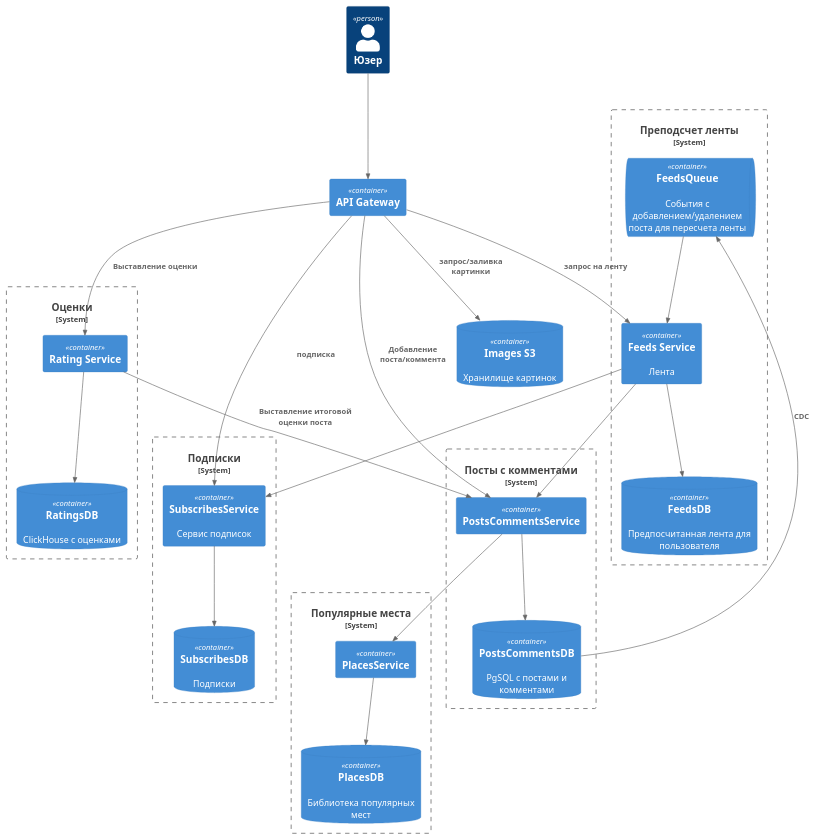
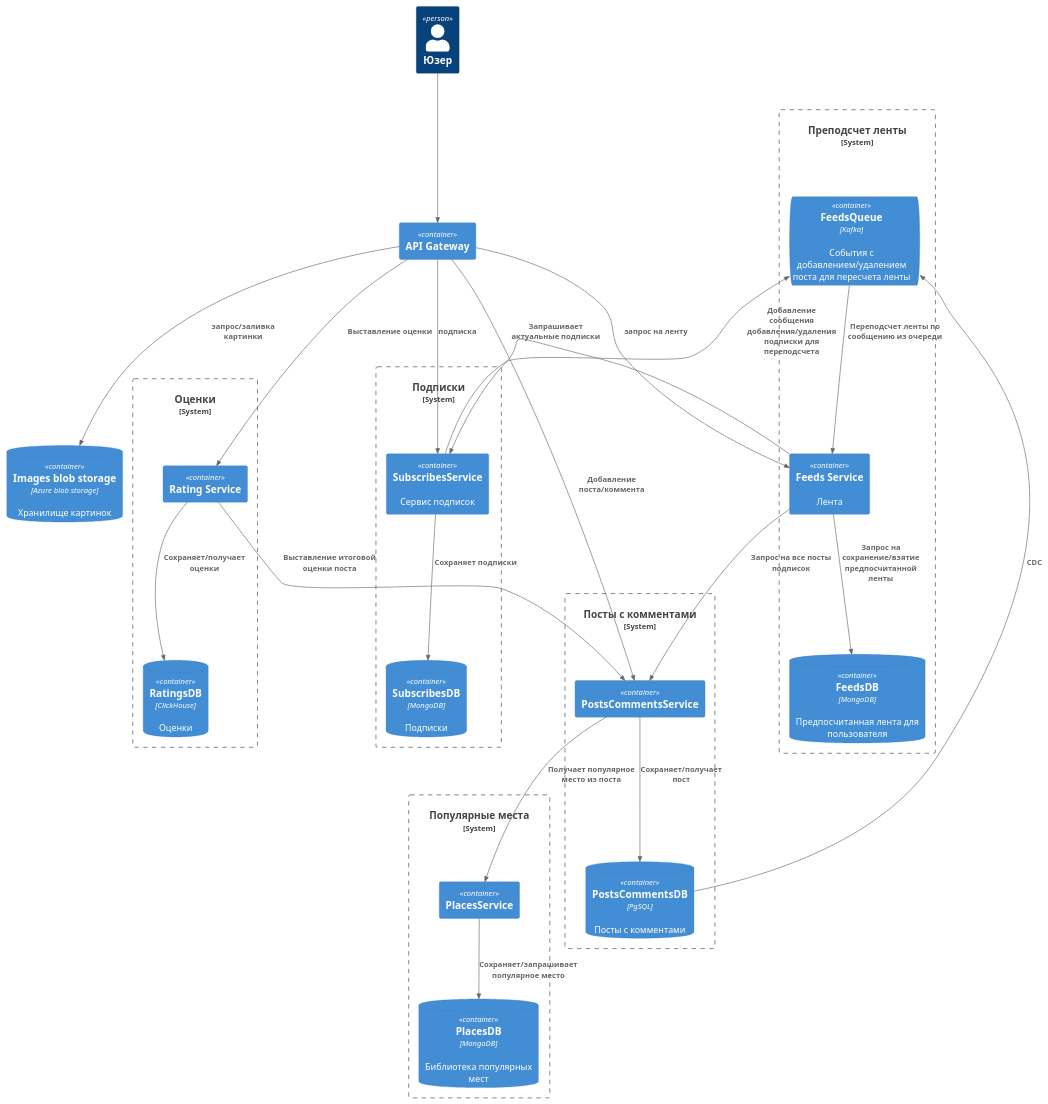
Before and after one commit to Deadlift3008/social_network_system_design: the diagram in uml/social_network_c4.puml, drawn with PlantUML. The commit also changed 1 other file, not shown here.

```diff
--- a/uml/social_network_c4.puml
+++ b/uml/social_network_c4.puml
@@ -1,57 +1,58 @@
 @startuml C4_Elements
 !include https://raw.githubusercontent.com/plantuml-stdlib/C4-PlantUML/master/C4_Container.puml
 
 Person(personAlias, "Юзер", "")
 Container(apiGatewayAlias, "API Gateway", "", "")
-ContainerDb(imagesAlias, "Images S3", "", "Хранилище картинок")
+ContainerDb(imagesAlias, "Images blob storage", "Azure blob storage", "Хранилище картинок")
 
 System_Boundary(cdc, 'Преподсчет ленты') {
     Container(FeedsServiceAlias, "Feeds Service", "", "Лента")
-    ContainerQueue(feedsQueueAlias, "FeedsQueue", "", "События с добавлением/удалением поста для пересчета ленты")
-    ContainerDb(FeedsDBAlias, "FeedsDB", "", "Предпосчитанная лента для пользователя")
+    ContainerQueue(feedsQueueAlias, "FeedsQueue", "Kafka", "События с добавлением/удалением поста для пересчета ленты")
+    ContainerDb(FeedsDBAlias, "FeedsDB", "MongoDB", "Предпосчитанная лента для пользователя")
 }
 
 System_Boundary(ratings, 'Оценки') {
     Container(ratingServiceAlias, "Rating Service", "", "")
-    ContainerDb(ratingsDBAlias, "RatingsDB", "", "ClickHouse с оценками")
+    ContainerDb(ratingsDBAlias, "RatingsDB", "ClickHouse", "Оценки")
 }
 
 System_Boundary(postsComments, 'Посты с комментами') {
-    ContainerDb(postsCommentsDBAlias, "PostsCommentsDB", "", "PgSQL с постами и комментами")
+    ContainerDb(postsCommentsDBAlias, "PostsCommentsDB", "PgSQL", "Посты с комментами")
     Container(postsCommentsServiceAlias, "PostsCommentsService", "", "")
 }
 
 System_Boundary(subscribes, 'Подписки') {
     Container(SubscribesServiceAlias, "SubscribesService", "", "Сервис подписок")
-    ContainerDb(subscribesDBAlias, "SubscribesDB", "", "Подписки")
+    ContainerDb(subscribesDBAlias, "SubscribesDB", "MongoDB", "Подписки")
 }
 
 System_Boundary(places, 'Популярные места') {
     Container(placesServiceAlias, "PlacesService", "", "")
-    ContainerDb(placesDB, "PlacesDB", "", "Библиотека популярных мест")
+    ContainerDb(placesDB, "PlacesDB", "MongoDB", "Библиотека популярных мест")
 }
 
 Rel(personAlias, apiGatewayAlias, "", "")
 
 Rel(apiGatewayAlias, ratingServiceAlias, "Выставление оценки", "")
 Rel(apiGatewayAlias, postsCommentsServiceAlias, "Добавление поста/коммента", "")
 Rel(apiGatewayAlias, FeedsServiceAlias, "запрос на ленту", "")
 Rel(apiGatewayAlias, imagesAlias, "запрос/заливка картинки", "")
 Rel(apiGatewayAlias, SubscribesServiceAlias, "подписка", "")
 
-Rel(ratingServiceAlias, ratingsDBAlias, "", "")
+Rel(ratingServiceAlias, ratingsDBAlias, "Сохраняет/получает оценки", "")
 Rel(ratingServiceAlias, postsCommentsServiceAlias, "Выставление итоговой оценки поста", "")
 
-Rel(postsCommentsServiceAlias, postsCommentsDBAlias, "", "")
+Rel(postsCommentsServiceAlias, postsCommentsDBAlias, "Сохраняет/получает пост", "")
 Rel(postsCommentsDBAlias, feedsQueueAlias, "CDC", "")
 
-Rel(postsCommentsServiceAlias, placesServiceAlias, "", "")
-Rel(placesServiceAlias, placesDB, "", "")
+Rel(postsCommentsServiceAlias, placesServiceAlias, "Получает популярное место из поста", "")
+Rel(placesServiceAlias, placesDB, "Сохраняет/запрашивает популярное место", "")
 
-Rel(feedsQueueAlias, FeedsServiceAlias, "", "")
-Rel(SubscribesServiceAlias, subscribesDBAlias, "", "")
+Rel(feedsQueueAlias, FeedsServiceAlias, "Переподсчет ленты по сообщению из очереди", "")
+Rel(SubscribesServiceAlias, subscribesDBAlias, "Сохраняет подписки", "")
+Rel(SubscribesServiceAlias, feedsQueueAlias, "Добавление сообщения добавления/удаления подписки для переподсчета", "")
 
-Rel(FeedsServiceAlias, SubscribesServiceAlias, "", "")
-Rel(FeedsServiceAlias, postsCommentsServiceAlias, "", "")
-Rel(FeedsServiceAlias, FeedsDBAlias, "", "")
+Rel(FeedsServiceAlias, SubscribesServiceAlias, "Запрашивает актуальные подписки", "")
+Rel(FeedsServiceAlias, postsCommentsServiceAlias, "Запрос на все посты подписок", "")
+Rel(FeedsServiceAlias, FeedsDBAlias, "Запрос на сохранение/взятие предпосчитанной ленты", "")
 @enduml
```
